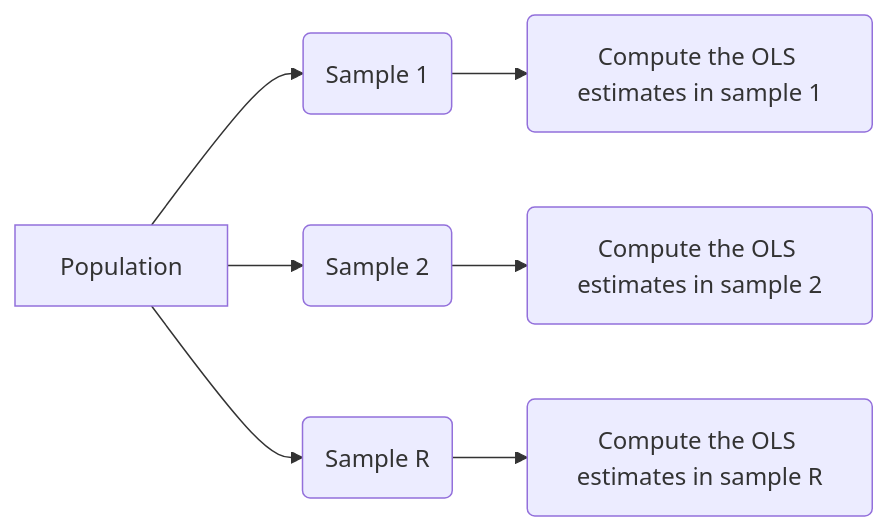
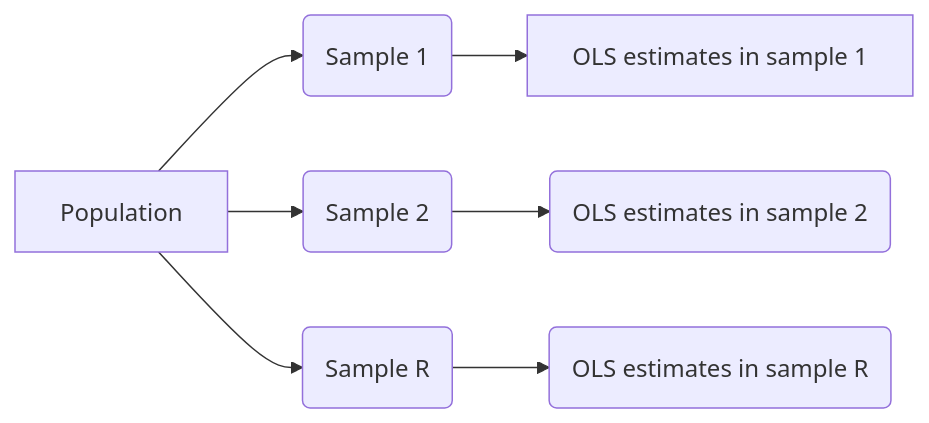
Before and after one commit to febse/econ2025: the diagram in 06-Simulation.qmd, drawn with Mermaid. The commit also changed other lines of this file and 1 other file, not shown here.

````diff
--- a/06-Simulation.qmd
+++ b/06-Simulation.qmd
@@ -36,9 +31,9 @@
 ```{mermaid}
 flowchart LR
   A[Population] --> B(Sample 1)
   A --> C(Sample 2)
   A --> D(Sample R)
-  B --> B1(Compute the OLS estimates in sample 1)
-  C --> C1(Compute the OLS estimates in sample 2)
-  D --> D1(Compute the OLS estimates in sample R)
+  B --> B1[OLS estimates in sample 1]
+  C --> C1(OLS estimates in sample 2)
+  D --> D1(OLS estimates in sample R)
 ```
````
